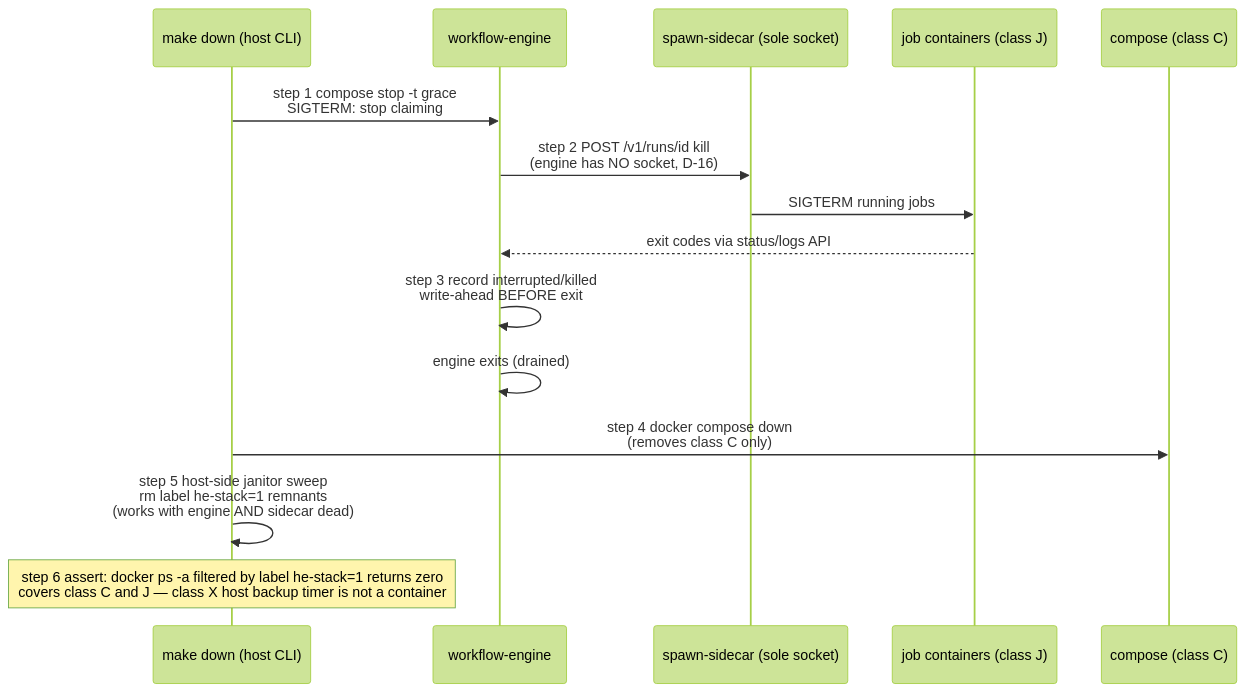
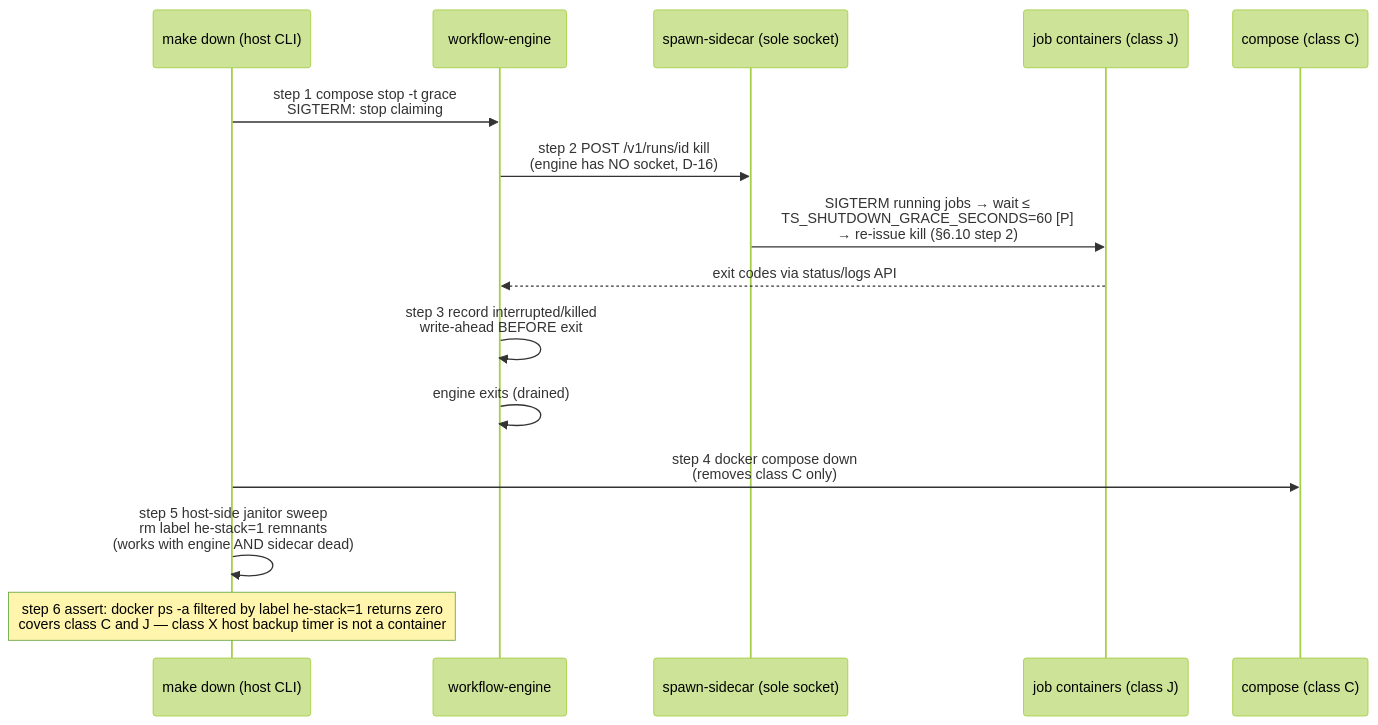
The fifth of 9 diagrams in docs/HE-TOOLSTACK-TECHNICAL-DESIGN.md (jstevenjacobs/HE-toolstack), drawn with Mermaid (forest theme) before and after one commit. The commit also changed other lines of this file and 2 other files, not shown here.

````diff
--- a/docs/HE-TOOLSTACK-TECHNICAL-DESIGN.md
+++ b/docs/HE-TOOLSTACK-TECHNICAL-DESIGN.md
@@ -902,17 +902,17 @@
 ```mermaid
 sequenceDiagram
     participant MD as make down (host CLI)
     participant WE as workflow-engine
     participant SC as spawn-sidecar (sole socket)
     participant JB as job containers (class J)
     participant CP as compose (class C)
     MD->>WE: step 1 compose stop -t grace<br/>SIGTERM: stop claiming
     WE->>SC: step 2 POST /v1/runs/id kill<br/>(engine has NO socket, D-16)
-    SC->>JB: SIGTERM running jobs
+    SC->>JB: SIGTERM running jobs → wait ≤<br/>TS_SHUTDOWN_GRACE_SECONDS=60 [P]<br/>→ re-issue kill (§6.10 step 2)
     JB-->>WE: exit codes via status/logs API
     WE->>WE: step 3 record interrupted/killed<br/>write-ahead BEFORE exit
     WE->>WE: engine exits (drained)
     MD->>CP: step 4 docker compose down<br/>(removes class C only)
     MD->>MD: step 5 host-side janitor sweep<br/>rm label he-stack=1 remnants<br/>(works with engine AND sidecar dead)
     Note over MD: step 6 assert: docker ps -a filtered by label he-stack=1 returns zero<br/>covers class C and J — class X host backup timer is not a container
 ```
````
